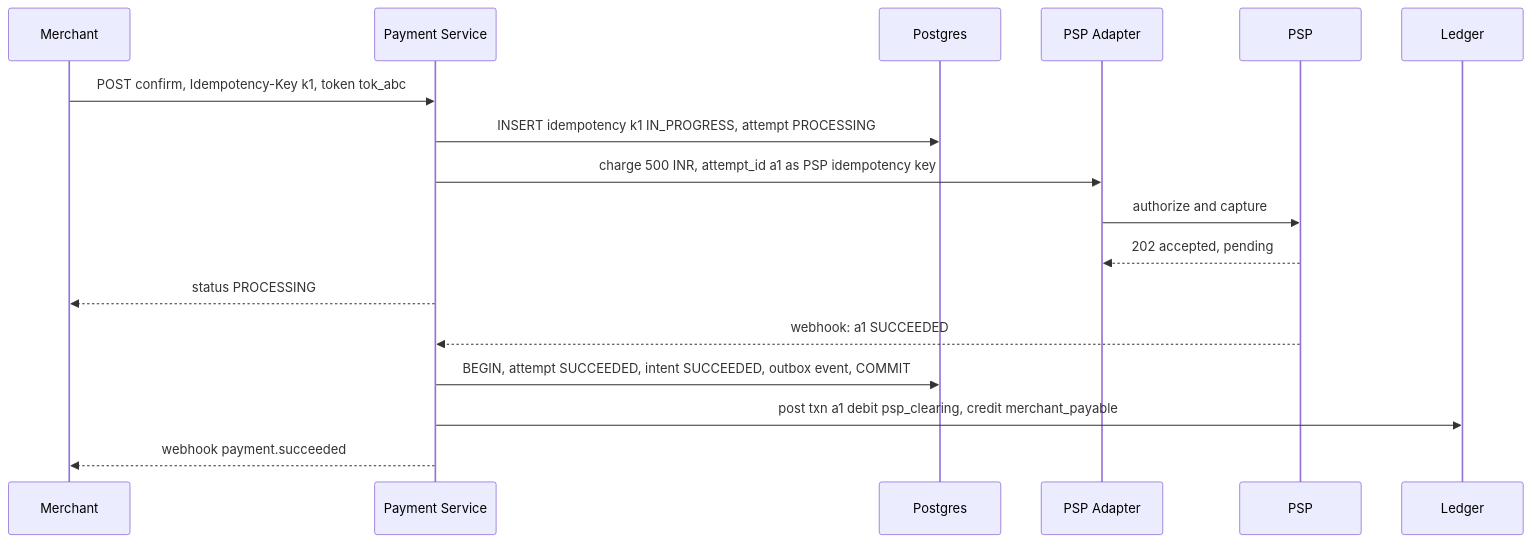
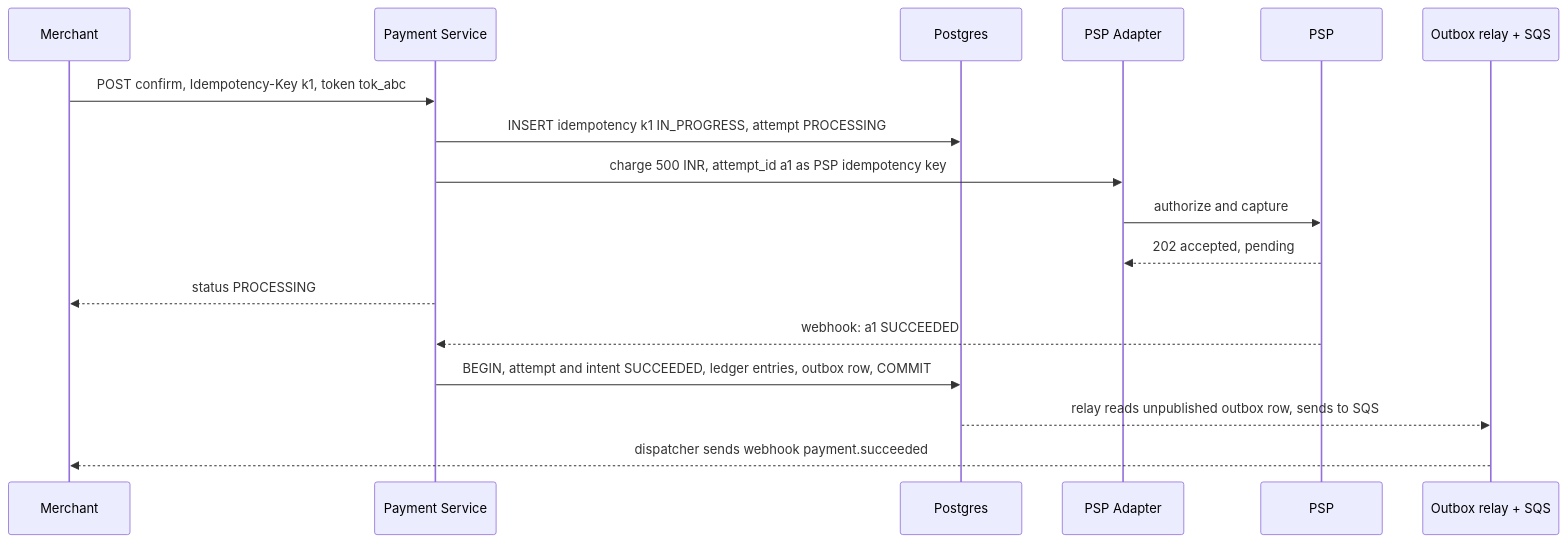
Before and after one commit to flow6979/system-design-prep: the second of 4 diagrams in content-en/02-questions/t1-11-payment-system.md, drawn with Mermaid. The commit also changed other lines of this file and 61 other files, not shown here.

````diff
--- a/content-en/02-questions/t1-11-payment-system.md
+++ b/content-en/02-questions/t1-11-payment-system.md
@@ -113,19 +120,19 @@
 ```mermaid
 sequenceDiagram
   participant M as Merchant
   participant P as Payment Service
   participant DB as Postgres
   participant A as PSP Adapter
   participant X as PSP
-  participant L as Ledger
+  participant Q as Outbox relay + SQS
   M->>P: POST confirm, Idempotency-Key k1, token tok_abc
   P->>DB: INSERT idempotency k1 IN_PROGRESS, attempt PROCESSING
   P->>A: charge 500 INR, attempt_id a1 as PSP idempotency key
   A->>X: authorize and capture
   X-->>A: 202 accepted, pending
   P-->>M: status PROCESSING
   X-->>P: webhook: a1 SUCCEEDED
-  P->>DB: BEGIN, attempt SUCCEEDED, intent SUCCEEDED, outbox event, COMMIT
-  P->>L: post txn a1 debit psp_clearing, credit merchant_payable
-  P-->>M: webhook payment.succeeded
+  P->>DB: BEGIN, attempt and intent SUCCEEDED, ledger entries, outbox row, COMMIT
+  DB-->>Q: relay reads unpublished outbox row, sends to SQS
+  Q-->>M: dispatcher sends webhook payment.succeeded
 ```
````
